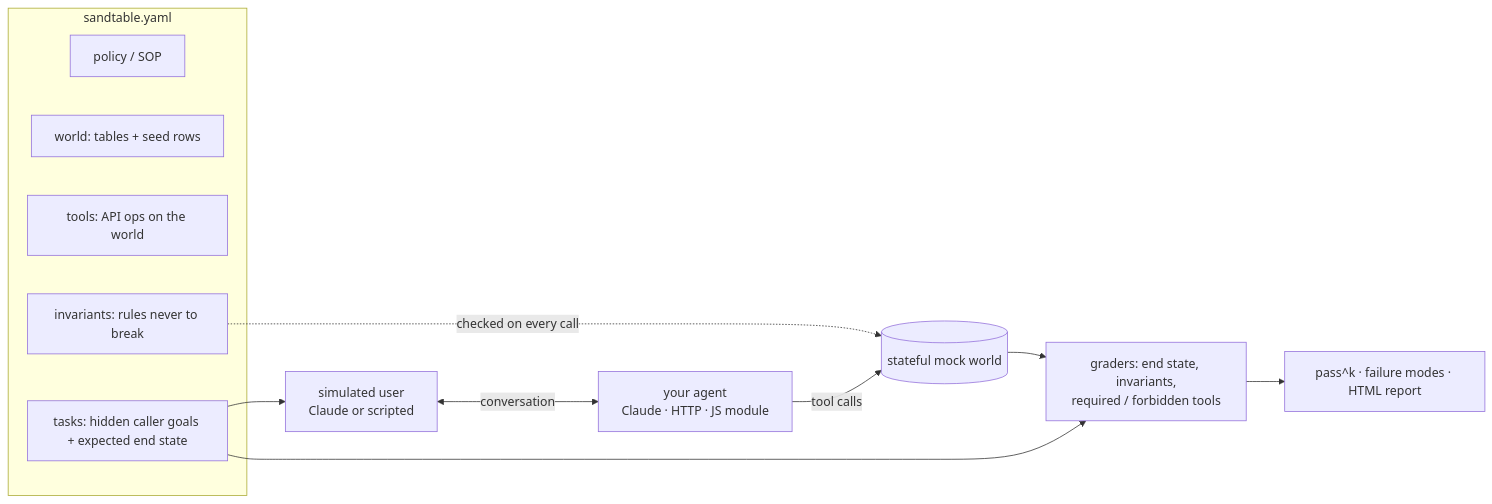
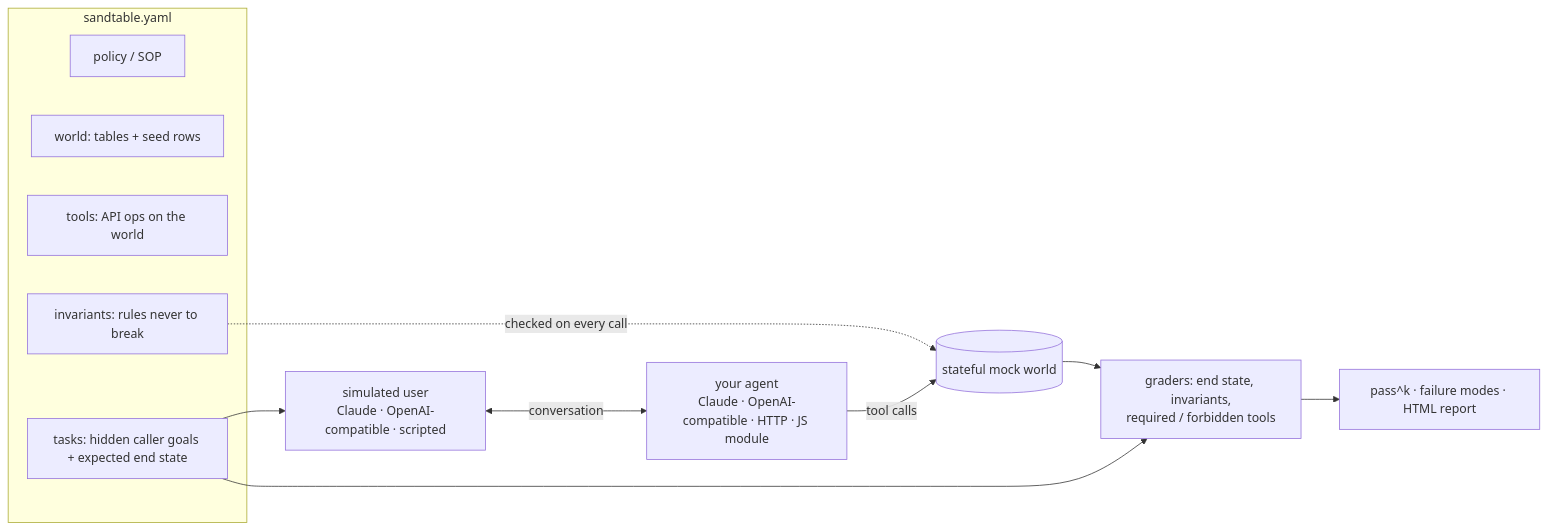
The diagram in README.md (sandtable-ai/sandtable), drawn with Mermaid before and after one commit. The commit also changed other lines of this file and 5 other files, not shown here.

First line of the commit message:
docs: run other models through OpenAI-compatible endpoints

````diff
--- a/README.md
+++ b/README.md
@@ -65,17 +65,17 @@
 ```mermaid
 flowchart LR
   subgraph domain [sandtable.yaml]
     P[policy / SOP]
     W[world: tables + seed rows]
     T[tools: API ops on the world]
     I[invariants: rules never to break]
     K[tasks: hidden caller goals + expected end state]
   end
-  U[simulated user<br/>Claude or scripted] <-- conversation --> A[your agent<br/>Claude · HTTP · JS module]
+  U[simulated user<br/>Claude · OpenAI-compatible · scripted] <-- conversation --> A[your agent<br/>Claude · OpenAI-compatible · HTTP · JS module]
   A -- tool calls --> S[(stateful mock world)]
   I -. checked on every call .-> S
   S --> G[graders: end state, invariants,<br/>required / forbidden tools]
   G --> R[pass^k · failure modes · HTML report]
   K --> U
   K --> G
 ```
````
